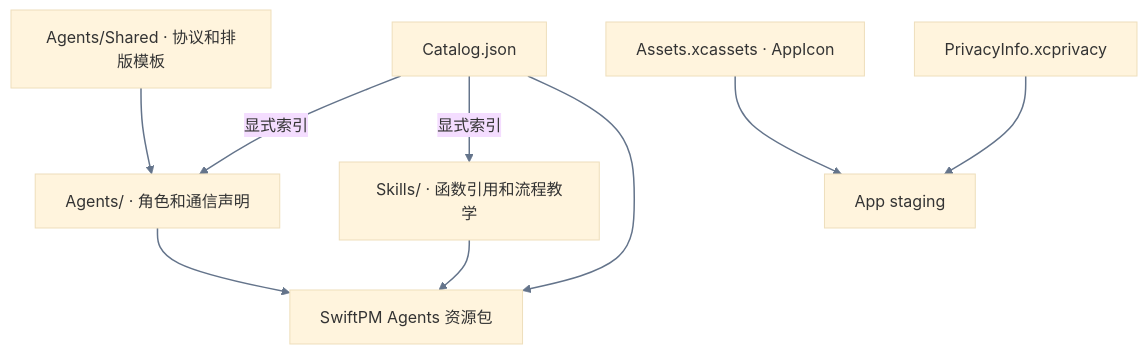
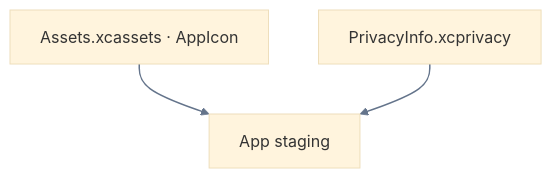
Before and after one commit to devilyouwei/MobileHarness: the second of 2 diagrams in MobileHarness/Resources/README.md, drawn with Mermaid (base theme). The commit also changed other lines of this file and 131 other files, not shown here.

````diff
--- a/MobileHarness/Resources/README.md
+++ b/MobileHarness/Resources/README.md
@@ -21,13 +20,6 @@
 ```mermaid
 flowchart TB
-    Catalog["Catalog.json"] -->|显式索引| Roles["Agents/ · 角色和通信声明"]
-    Catalog -->|显式索引| Skills["Skills/ · 函数引用和流程教学"]
-    Shared["Agents/Shared · 协议和排版模板"] --> Roles
-    Roles --> AgentBundle["SwiftPM Agents 资源包"]
-    Skills --> AgentBundle
-    Catalog --> AgentBundle
-    Assets["Assets.xcassets · AppIcon"]
-    Assets --> AppBundle["App staging"]
+    Assets["Assets.xcassets · AppIcon"] --> AppBundle["App staging"]
     Privacy["PrivacyInfo.xcprivacy"] --> AppBundle
     linkStyle default stroke:#64748b,stroke-width:1.5px
 ```
````
